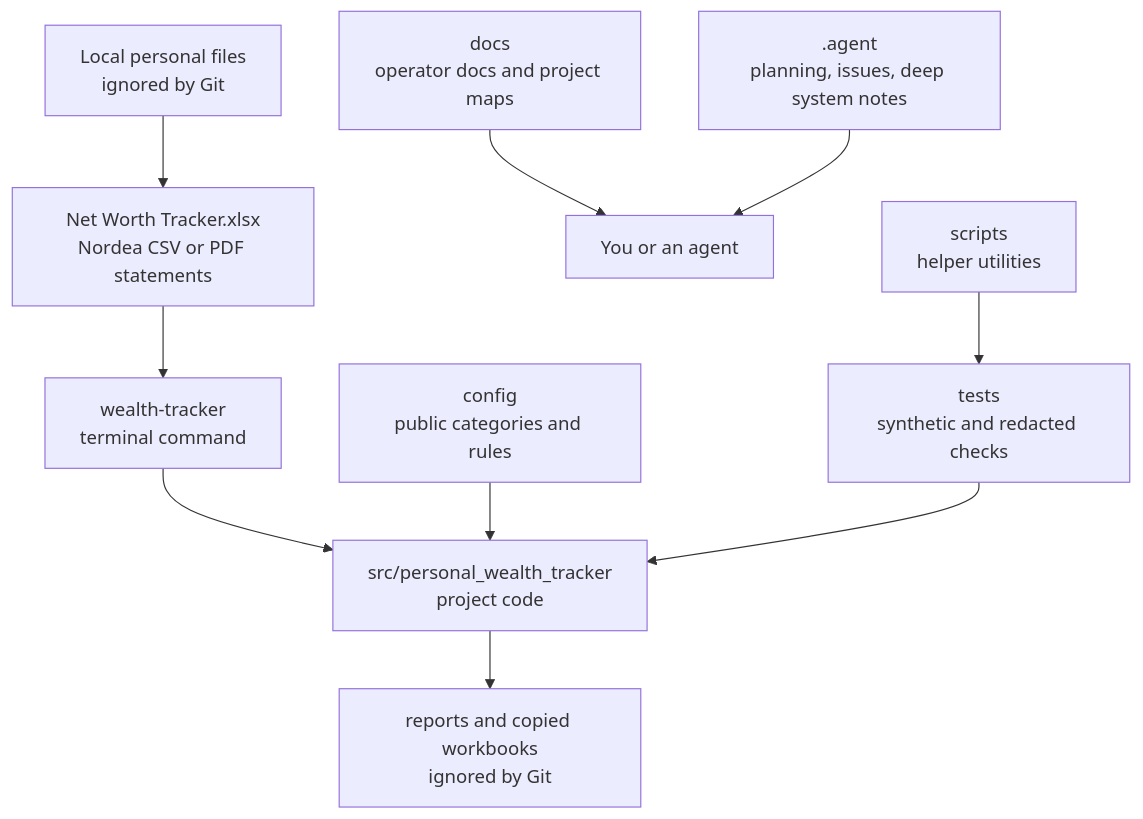
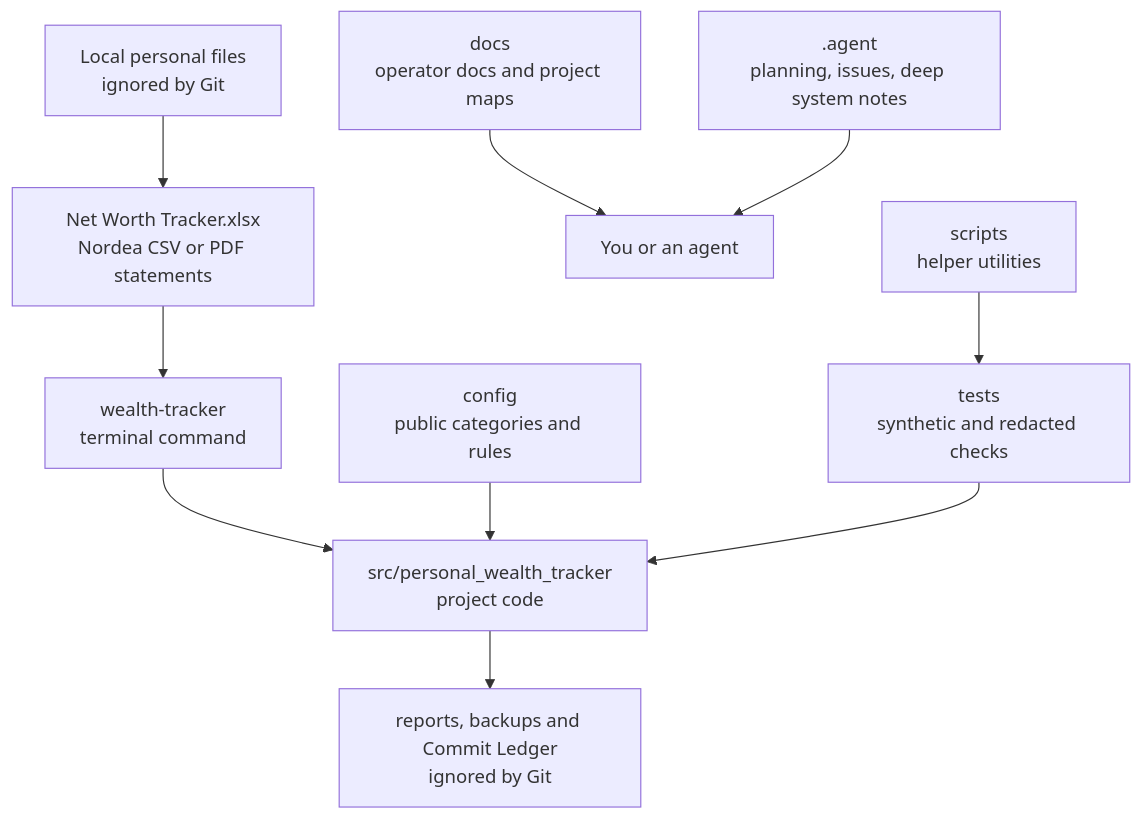
The first of 5 diagrams in docs/project_overview.md (EricleungDK/personalwealthtracker), drawn with Mermaid before and after one commit. The commit also changed other lines of this file and 19 other files, not shown here.

````diff
--- a/docs/project_overview.md
+++ b/docs/project_overview.md
@@ -23,13 +23,13 @@
 ```mermaid
 flowchart TD
   LocalFiles["Local personal files<br/>ignored by Git"] --> Inputs["Net Worth Tracker.xlsx<br/>Nordea CSV or PDF statements"]
   Inputs --> CLI["wealth-tracker<br/>terminal command"]
   CLI --> Source["src/personal_wealth_tracker<br/>project code"]
-  Source --> Outputs["reports and copied workbooks<br/>ignored by Git"]
+  Source --> Outputs["reports, backups and Commit Ledger<br/>ignored by Git"]
 
   Config["config<br/>public categories and rules"] --> Source
   Docs["docs<br/>operator docs and project maps"] --> User["You or an agent"]
   AgentDocs[".agent<br/>planning, issues, deep system notes"] --> User
   Tests["tests<br/>synthetic and redacted checks"] --> Source
   Scripts["scripts<br/>helper utilities"] --> Tests
 ```
````
